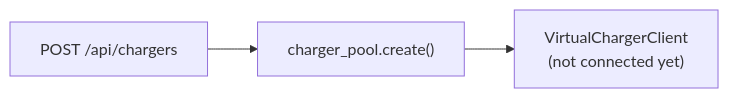
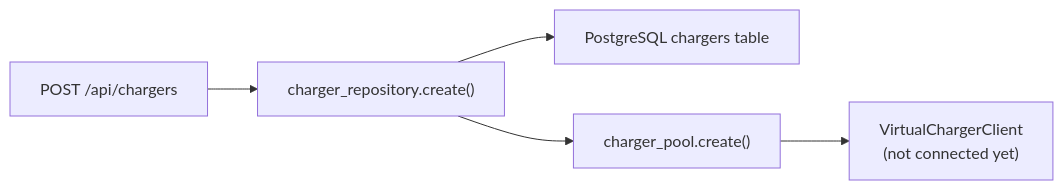
One commit to Shriyansh2004/EV-SIM-backend changed the third of 11 diagrams in README.md. Above: the diagram before and after it, drawn with Mermaid. The commit also changed other lines of this file, not shown here.

````diff
--- a/README.md
+++ b/README.md
@@ -291,5 +383,7 @@
 ```mermaid
 flowchart LR
-    API["POST /api/chargers"] --> POOL["charger_pool.create()"]
+    API["POST /api/chargers"] --> REPO["charger_repository.create()"]
+    REPO --> DB["PostgreSQL chargers table"]
+    REPO --> POOL["charger_pool.create()"]
     POOL --> CP["VirtualChargerClient<br/>(not connected yet)"]
 ```
````
